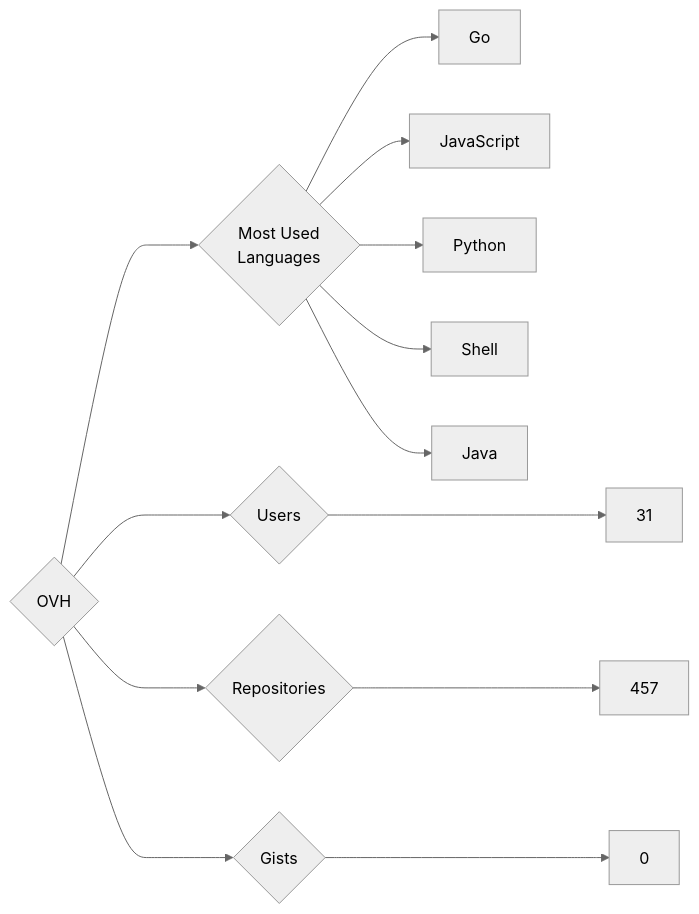
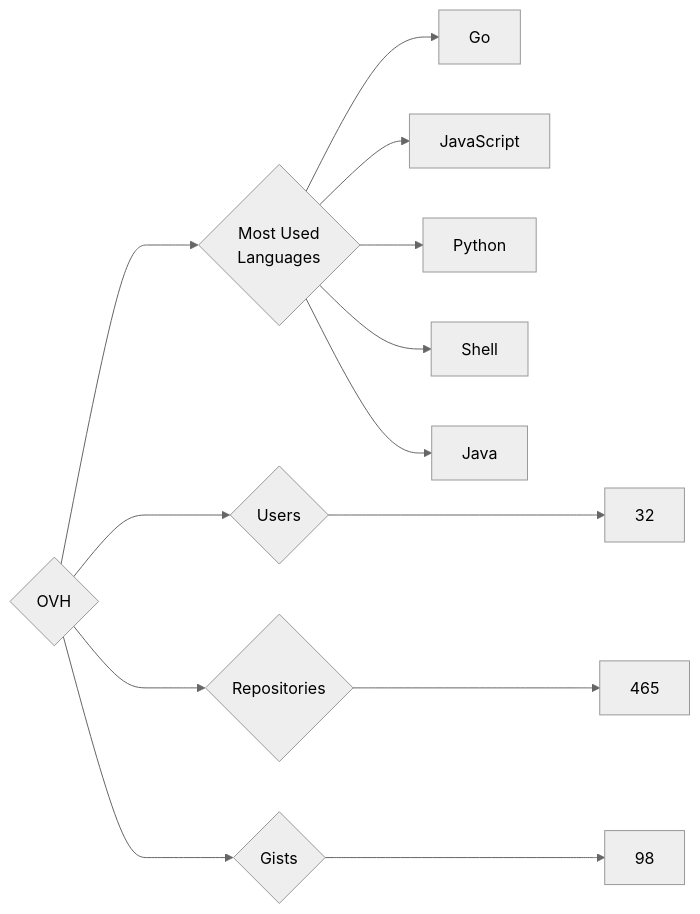
The diagram in targets/OVH/README.md (trickest/insiders), drawn with Mermaid (neutral theme) before and after one commit. The commit also changed 997 other files, not shown here.

````diff
--- a/targets/OVH/README.md
+++ b/targets/OVH/README.md
@@ -3,13 +3,13 @@
 ```mermaid
 graph LR
 COMPANY_NAME{OVH}
-COMPANY_NAME ---> U{Users} ---> UN[31]
-COMPANY_NAME ---> R{Repositories} ---> RN[457]
-COMPANY_NAME ---> G{Gists} ---> GN[0]
+COMPANY_NAME ---> U{Users} ---> UN[32]
+COMPANY_NAME ---> R{Repositories} ---> RN[465]
+COMPANY_NAME ---> G{Gists} ---> GN[98]
 COMPANY_NAME ---> ML{Most Used<br>Languages}
-ML --> Go
-ML --> JavaScript
-ML --> Python
-ML --> Shell
-ML --> Java
+ML --> Go[Go]
+ML --> JavaScript[JavaScript]
+ML --> Python[Python]
+ML --> Shell[Shell]
+ML --> Java[Java]
 ```
````
